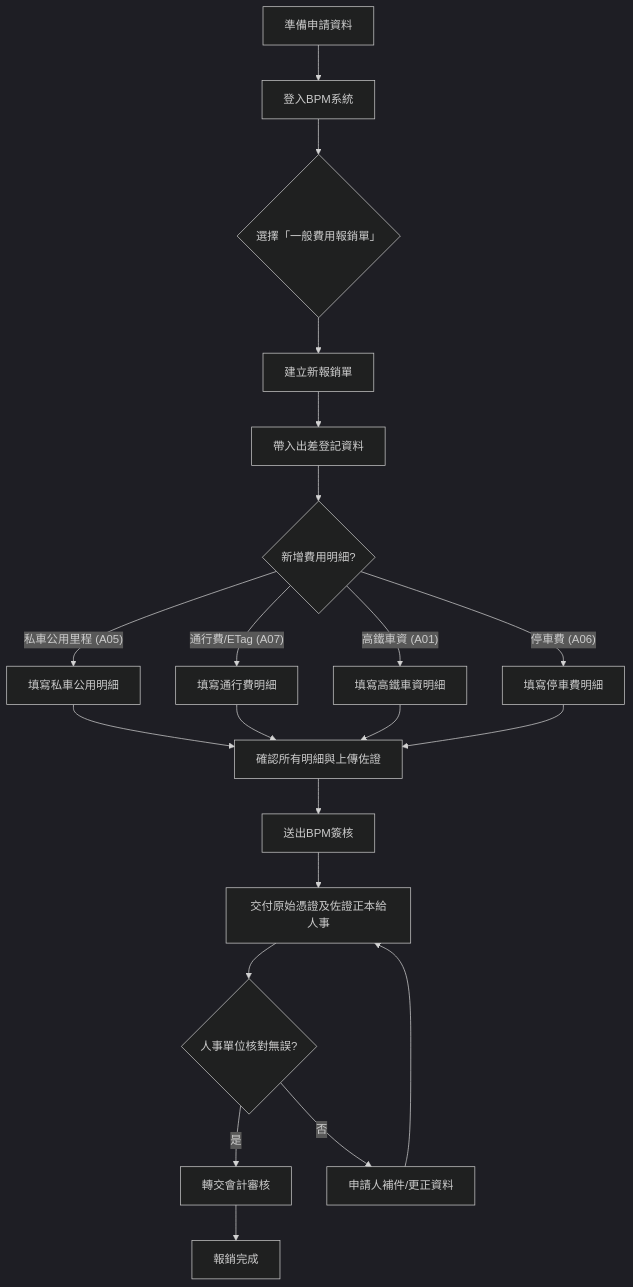
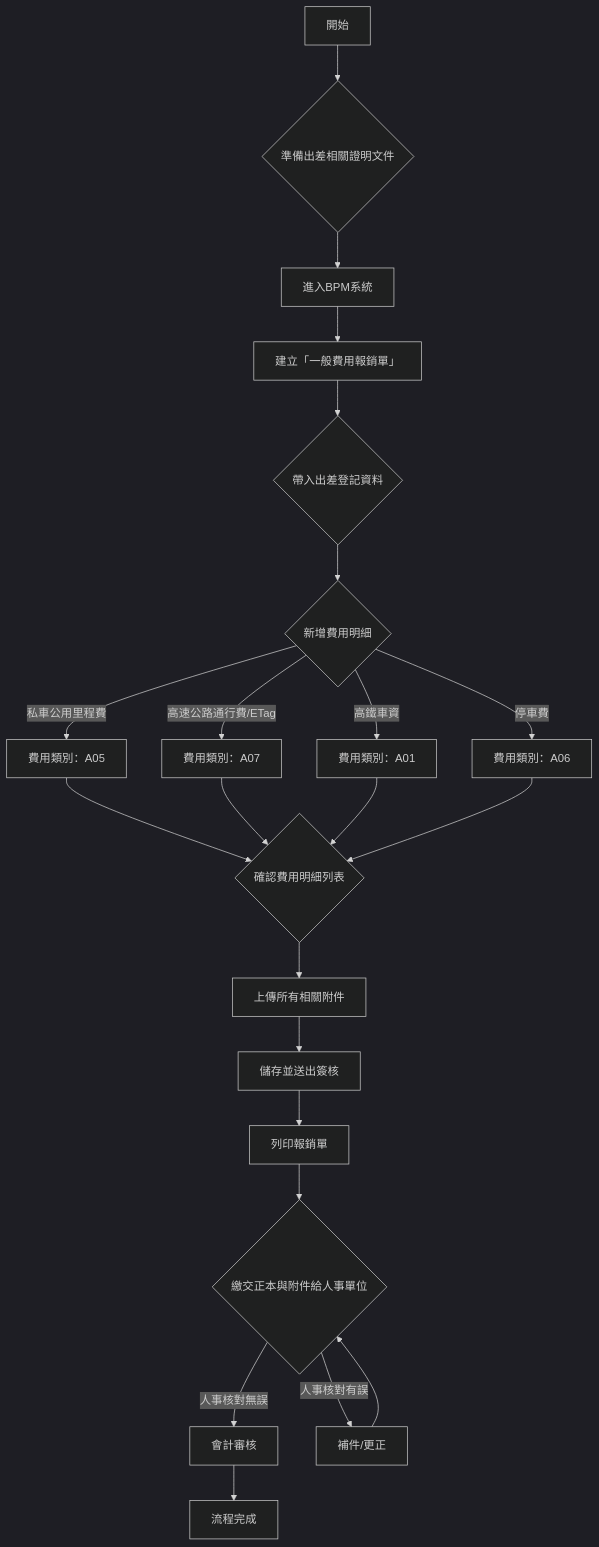
The diagram in 教育訓練教材/backend/materials/BPM一般費用報銷單_私車公用操作流程.md (shihwei0809/google-agent), drawn with Mermaid (dark theme) before and after one commit. The commit also changed other lines of this file and 14 other files, not shown here.

````diff
--- a/教育訓練教材/backend/materials/BPM一般費用報銷單_私車公用操作流程.md
+++ b/教育訓練教材/backend/materials/BPM一般費用報銷單_私車公用操作流程.md
@@ -23,23 +23,24 @@
 ```mermaid
 graph TD
-    A[準備申請資料] --> B[登入BPM系統]
-    B --> C{選擇「一般費用報銷單」}
-    C --> D[建立新報銷單]
-    D --> E[帶入出差登記資料]
-    E --> F{新增費用明細?}
-    F -- 私車公用里程 (A05) --> G[填寫私車公用明細]
-    F -- 通行費/ETag (A07) --> H[填寫通行費明細]
-    F -- 高鐵車資 (A01) --> I[填寫高鐵車資明細]
-    F -- 停車費 (A06) --> J[填寫停車費明細]
-    G --> K[確認所有明細與上傳佐證]
-    H --> K
-    I --> K
-    J --> K
-    K --> L[送出BPM簽核]
-    L --> M[交付原始憑證及佐證正本給人事]
-    M --> N{人事單位核對無誤?}
-    N -- 是 --> P[轉交會計審核]
-    N -- 否 --> Q[申請人補件/更正資料]
-    Q --> M
-    P --> R[報銷完成]
+    A[開始] --> B{準備出差相關證明文件}
+    B --> C[進入BPM系統]
+    C --> D[建立「一般費用報銷單」]
+    D --> E{帶入出差登記資料}
+    E --> F{新增費用明細}
+    F -- 私車公用里程費 --> F1[費用類別：A05]
+    F -- 高速公路通行費/ETag --> F2[費用類別：A07]
+    F -- 高鐵車資 --> F3[費用類別：A01]
+    F -- 停車費 --> F4[費用類別：A06]
+    F1 --> G{確認費用明細列表}
+    F2 --> G
+    F3 --> G
+    F4 --> G
+    G --> H[上傳所有相關附件]
+    H --> I[儲存並送出簽核]
+    I --> J[列印報銷單]
+    J --> K{繳交正本與附件給人事單位}
+    K -- 人事核對無誤 --> L[會計審核]
+    K -- 人事核對有誤 --> M[補件/更正]
+    M --> K
+    L --> N[流程完成]
 ```
````
